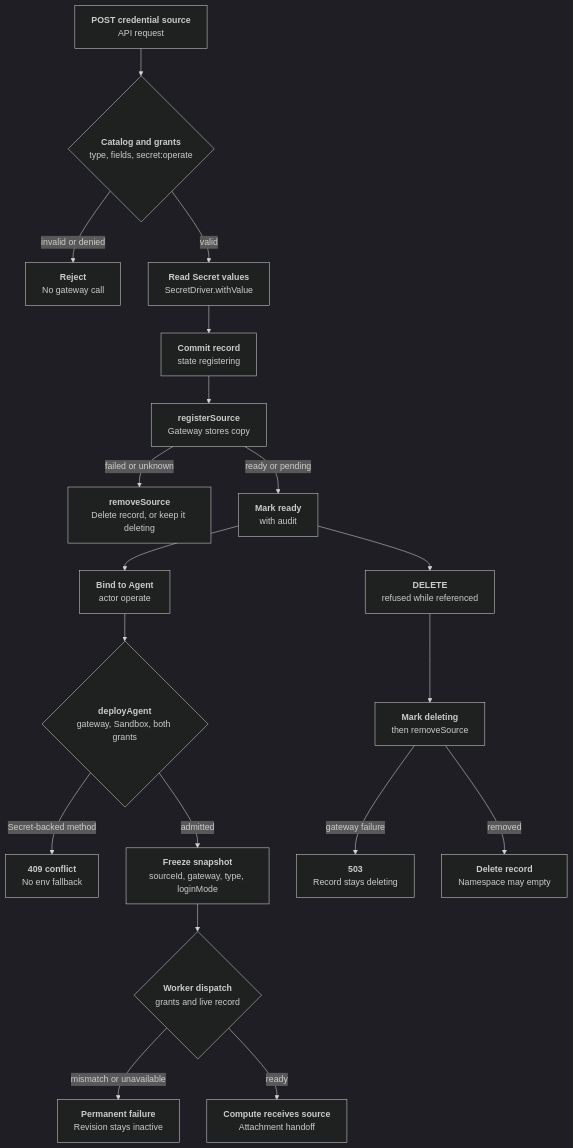
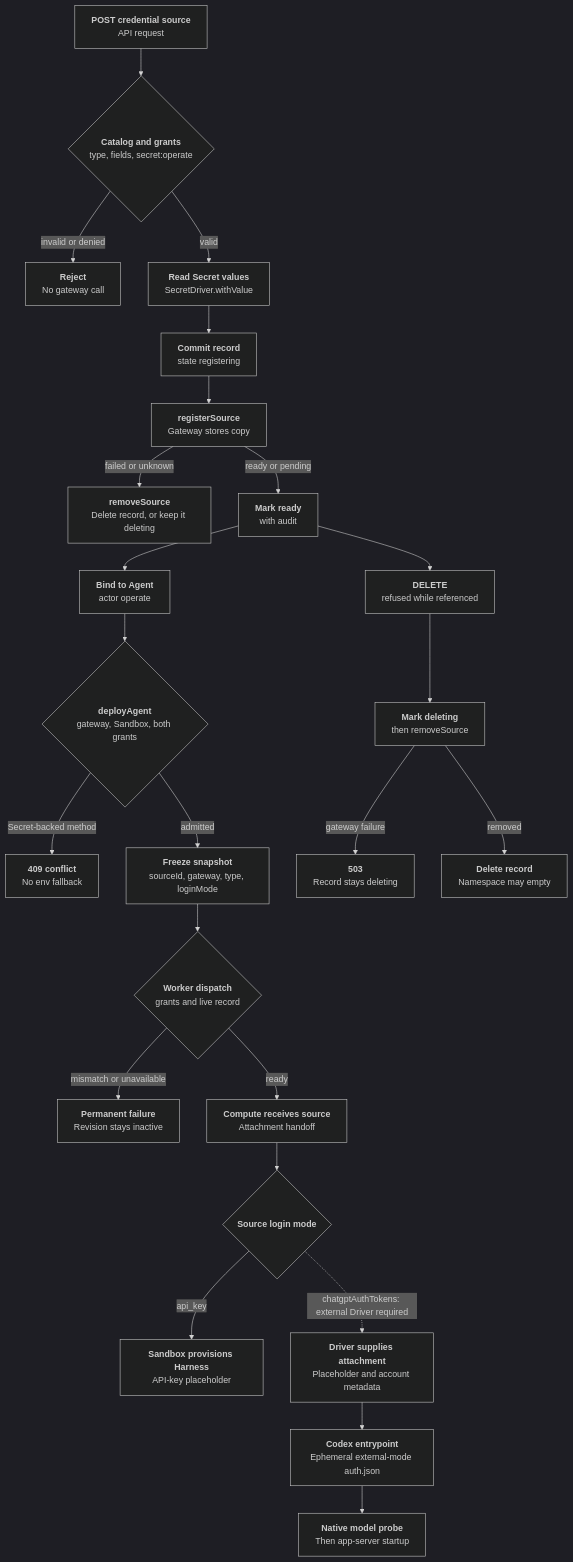
The diagram in docs/flows/credential-source-lifecycle.md (hybrowlabs/openclaw-enterprise), drawn with Mermaid (dark theme) before and after one commit. The commit also changed other lines of this file and 15 other files, not shown here.

Commit message:
feat(codex): receive externally managed ChatGPT auth

````diff
--- a/docs/flows/credential-source-lifecycle.md
+++ b/docs/flows/credential-source-lifecycle.md
@@ -36,21 +36,26 @@
 ```mermaid
 graph TD
   A["<b>POST credential source</b><br/>API request"] --> B{"<b>Catalog and grants</b><br/>type, fields, secret:operate"}
   B -- "invalid or denied" --> X["<b>Reject</b><br/>No gateway call"]
   B -- "valid" --> C["<b>Read Secret values</b><br/>SecretDriver.withValue"]
   C --> R["<b>Commit record</b><br/>state registering"]
   R --> D["<b>registerSource</b><br/>Gateway stores copy"]
   D -- "failed or unknown" --> Y["<b>removeSource</b><br/>Delete record, or keep it deleting"]
   D -- "ready or pending" --> E["<b>Mark ready</b><br/>with audit"]
   E --> F["<b>Bind to Agent</b><br/>actor operate"]
   F --> G{"<b>deployAgent</b><br/>gateway, Sandbox, both grants"}
   G -- "Secret-backed method" --> Z["<b>409 conflict</b><br/>No env fallback"]
   G -- "admitted" --> H["<b>Freeze snapshot</b><br/>sourceId, gateway, type, loginMode"]
   H --> I{"<b>Worker dispatch</b><br/>grants and live record"}
   I -- "mismatch or unavailable" --> W["<b>Permanent failure</b><br/>Revision stays inactive"]
   I -- "ready" --> J["<b>Compute receives source</b><br/>Attachment handoff"]
+  J --> P{"<b>Source login mode</b>"}
+  P -- "api_key" --> Q["<b>Sandbox provisions Harness</b><br/>API-key placeholder"]
+  P -. "chatgptAuthTokens: external Driver required" .-> T["<b>Driver supplies attachment</b><br/>Placeholder and account metadata"]
+  T --> U["<b>Codex entrypoint</b><br/>Ephemeral external-mode auth.json"]
+  U --> V["<b>Native model probe</b><br/>Then app-server startup"]
   E --> K["<b>DELETE</b><br/>refused while referenced"]
   K --> L["<b>Mark deleting</b><br/>then removeSource"]
   L -- "gateway failure" --> M["<b>503</b><br/>Record stays deleting"]
   L -- "removed" --> N["<b>Delete record</b><br/>Namespace may empty"]
 ```
````
